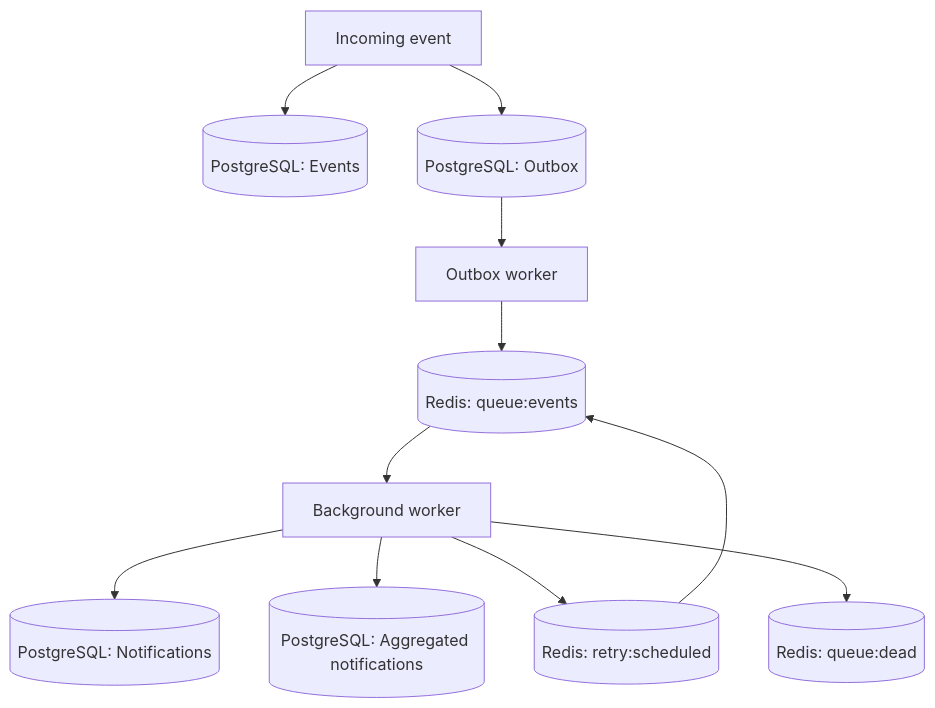
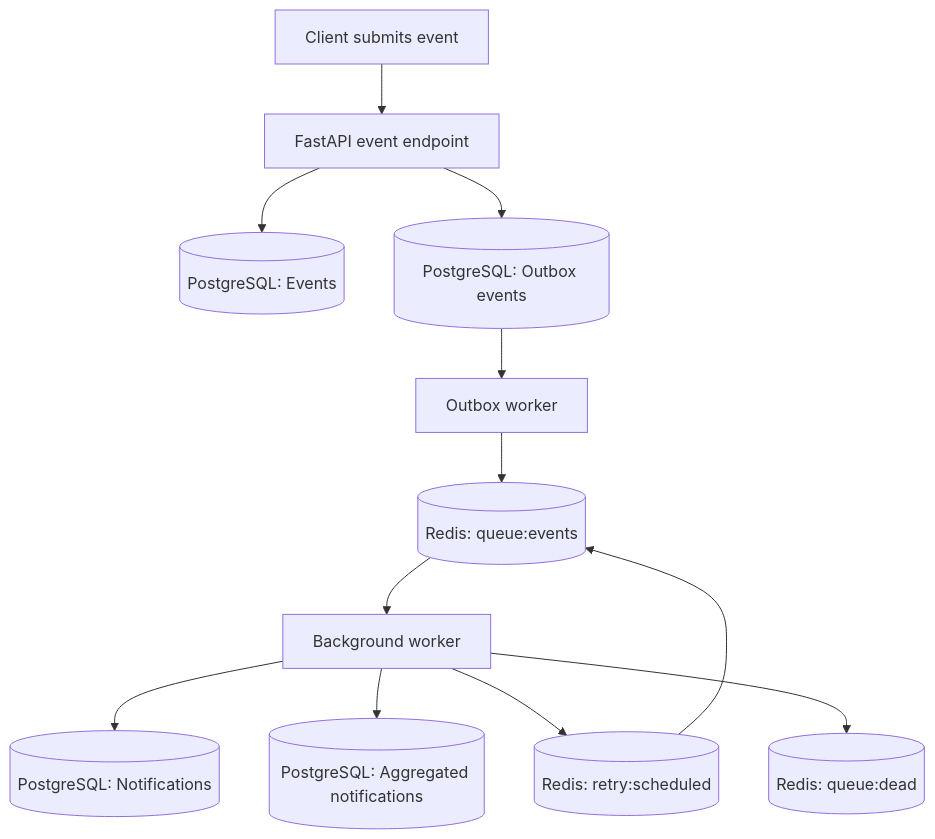
One commit to prachi23patel/Notification-Aggregator changed the diagram in README.md. Above: the diagram before and after it, drawn with Mermaid. The commit also changed other lines of this file, not shown here.

````diff
--- a/README.md
+++ b/README.md
@@ -38,13 +59,14 @@
-``` mermaid
+```mermaid
 flowchart TD
-    A[Incoming event] --> B[(PostgreSQL: Events)]
-    A --> C[(PostgreSQL: Outbox)]
-    C --> D[Outbox worker]
-    D --> E[(Redis: queue:events)]
-    E --> F[Background worker]
-    F --> G[(PostgreSQL: Notifications)]
-    F --> H[(PostgreSQL: Aggregated notifications)]
-    F --> I[(Redis: retry:scheduled)]
-    I --> E
-    F --> J[(Redis: queue:dead)]
+    A[Client submits event] --> B[FastAPI event endpoint]
+    B --> C[(PostgreSQL: Events)]
+    B --> D[(PostgreSQL: Outbox events)]
+    D --> E[Outbox worker]
+    E --> F[(Redis: queue:events)]
+    F --> G[Background worker]
+    G --> H[(PostgreSQL: Notifications)]
+    G --> I[(PostgreSQL: Aggregated notifications)]
+    G --> J[(Redis: retry:scheduled)]
+    J --> F
+    G --> K[(Redis: queue:dead)]
 ```
````
